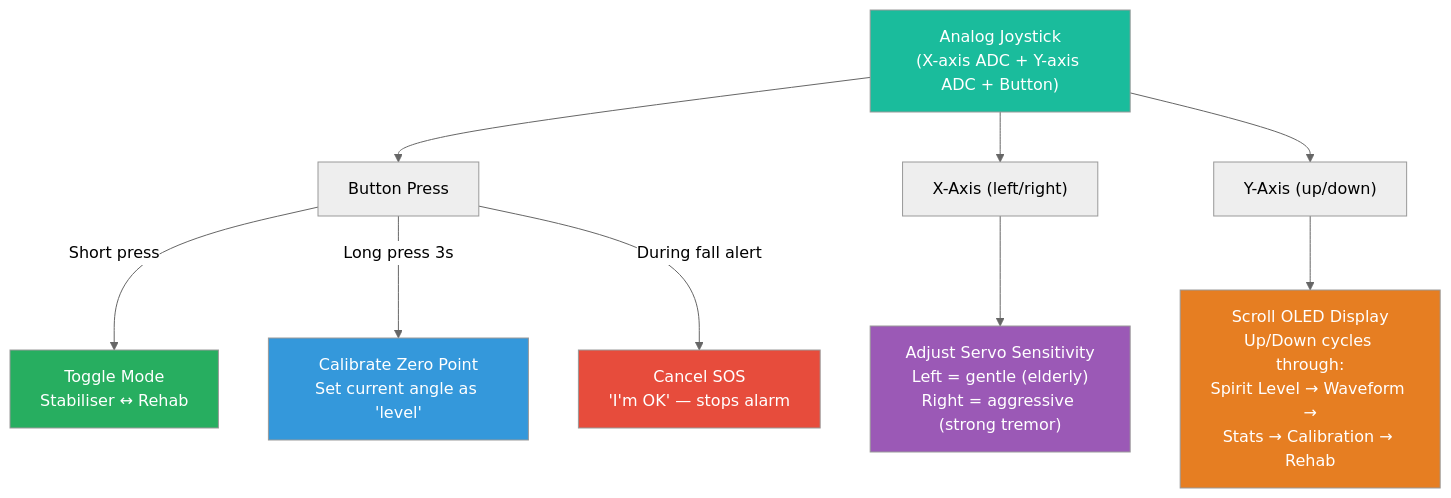
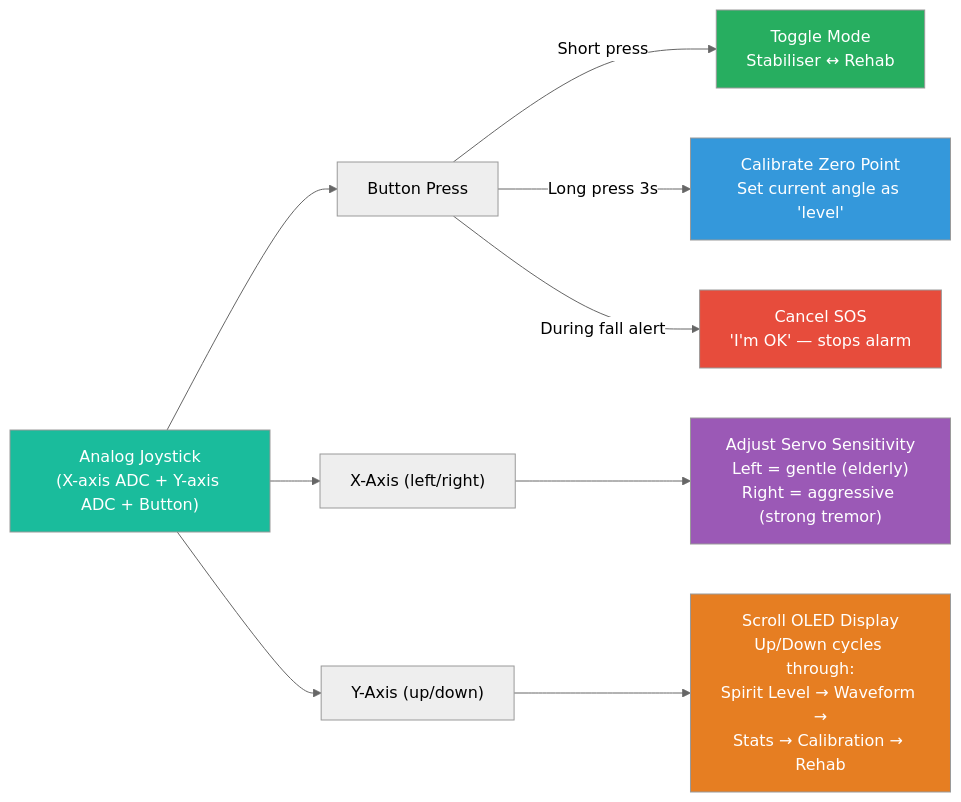
One commit to doyun-gu/hack-a-bot-2026 changed the sixth of 9 diagrams in docs/steadyhand-proposal.md. Above: the diagram before and after it, drawn with Mermaid (neutral theme). The commit also changed other lines of this file and 3 other files, not shown here.

First line of the commit message:
Switch all Mermaid diagrams to left-right (LR) layout

````diff
--- a/docs/steadyhand-proposal.md
+++ b/docs/steadyhand-proposal.md
@@ -266,21 +266,21 @@
 ```mermaid
-graph TD
+graph LR
     JOY["Analog Joystick<br/>(X-axis ADC + Y-axis ADC + Button)"] --> PRESS["Button Press"]
     JOY --> X_AXIS["X-Axis (left/right)"]
     JOY --> Y_AXIS["Y-Axis (up/down)"]
 
     PRESS -->|"Short press"| MODE["Toggle Mode<br/>Stabiliser ↔ Rehab"]
     PRESS -->|"Long press 3s"| CALIBRATE["Calibrate Zero Point<br/>Set current angle as 'level'"]
     PRESS -->|"During fall alert"| CANCEL["Cancel SOS<br/>'I'm OK' — stops alarm"]
 
     X_AXIS --> SENSITIVITY["Adjust Servo Sensitivity<br/>Left = gentle (elderly)<br/>Right = aggressive (strong tremor)"]
 
     Y_AXIS --> OLED_SCROLL["Scroll OLED Display<br/>Up/Down cycles through:<br/>Spirit Level → Waveform →<br/>Stats → Calibration → Rehab"]
 
     style JOY fill:#1abc9c,color:#fff
     style MODE fill:#27ae60,color:#fff
     style CALIBRATE fill:#3498db,color:#fff
     style CANCEL fill:#e74c3c,color:#fff
     style SENSITIVITY fill:#9b59b6,color:#fff
     style OLED_SCROLL fill:#e67e22,color:#fff
 ```
````
